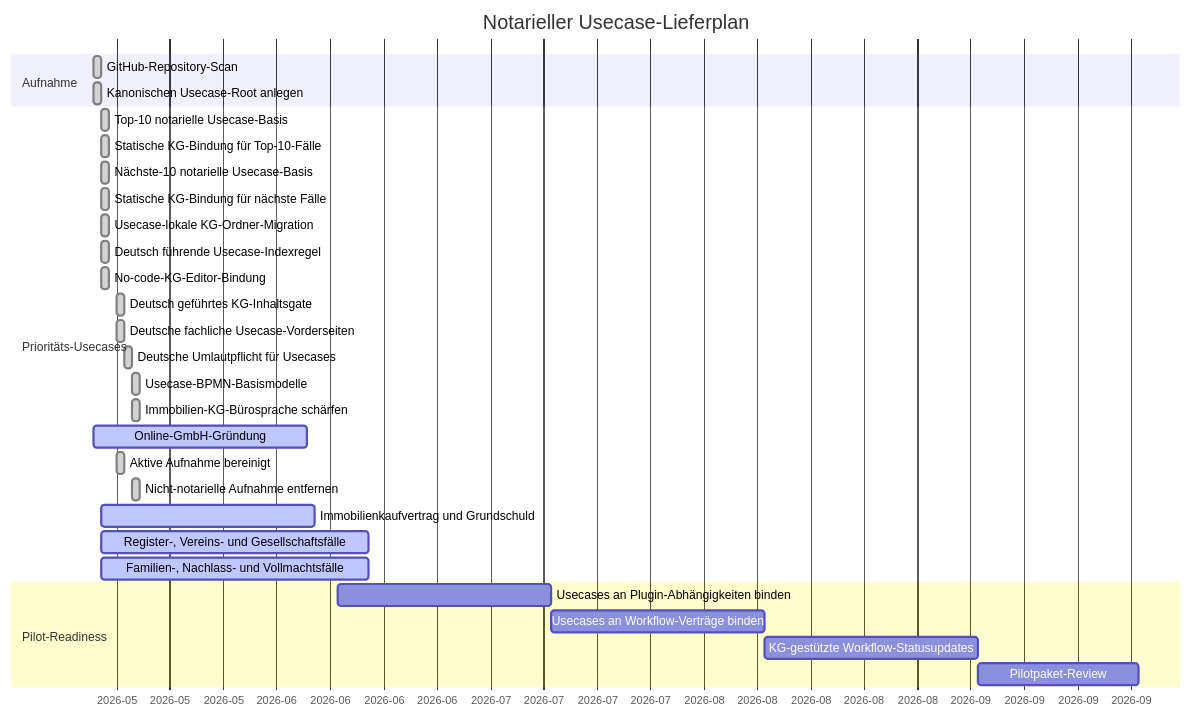
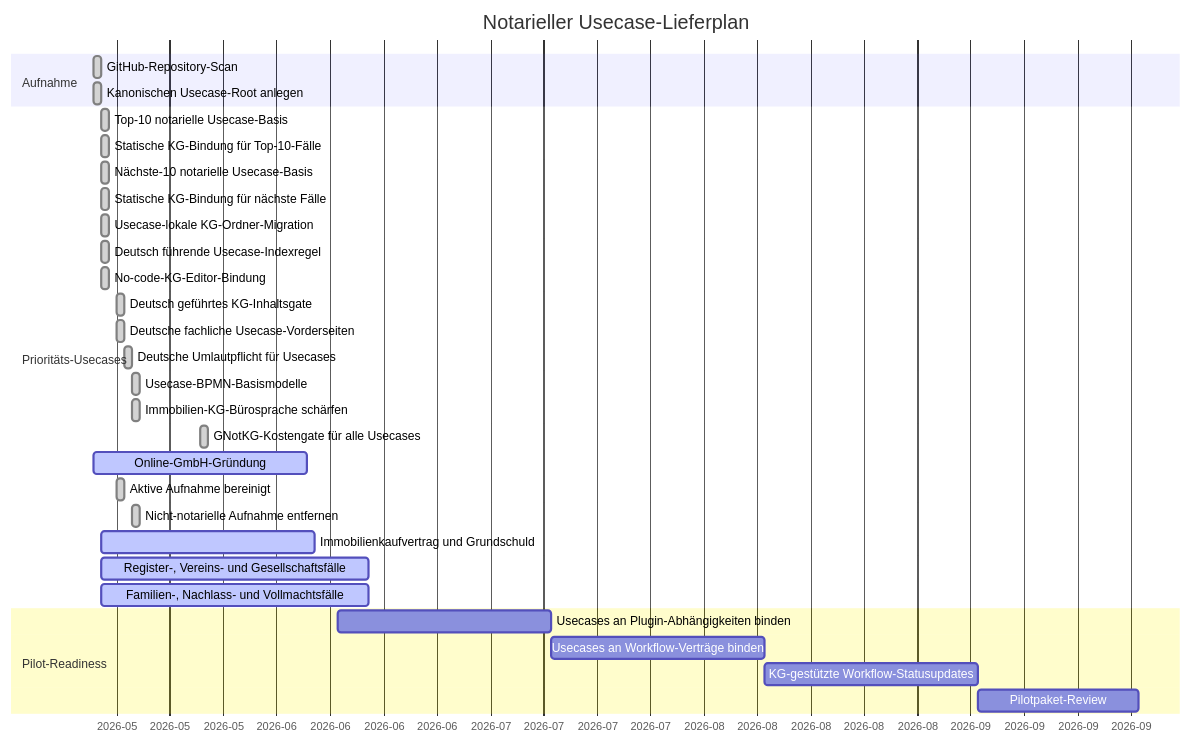
The diagram in usecases/GANTT.md (notariat8/NaC), drawn with Mermaid before and after one commit. The commit also changed other lines of this file and 91 other files, not shown here.

````diff
--- a/usecases/GANTT.md
+++ b/usecases/GANTT.md
@@ -5,36 +5,37 @@
 ```mermaid
 gantt
     title Notarieller Usecase-Lieferplan
     dateFormat  YYYY-MM-DD
     axisFormat  %Y-%m
 
     section Aufnahme
     GitHub-Repository-Scan                     :done,   u1, 2026-05-14, 1d
     Kanonischen Usecase-Root anlegen           :done,   u2, 2026-05-14, 1d
 
     section Prioritäts-Usecases
     Top-10 notarielle Usecase-Basis            :done,   u3, 2026-05-15, 1d
     Statische KG-Bindung für Top-10-Fälle    :done,   u4, 2026-05-15, 1d
     Nächste-10 notarielle Usecase-Basis       :done,   u5, 2026-05-15, 1d
     Statische KG-Bindung für nächste Fälle  :done,   u6, 2026-05-15, 1d
     Usecase-lokale KG-Ordner-Migration         :done,   u6a, 2026-05-15, 1d
     Deutsch führende Usecase-Indexregel       :done,   u6b, 2026-05-15, 1d
     No-code-KG-Editor-Bindung                  :done,   u6c, 2026-05-15, 1d
     Deutsch geführtes KG-Inhaltsgate          :done,   u6d, 2026-05-17, 1d
     Deutsche fachliche Usecase-Vorderseiten     :done,   u6e, 2026-05-17, 1d
     Deutsche Umlautpflicht für Usecases       :done,   u6f, 2026-05-18, 1d
     Usecase-BPMN-Basismodelle                  :done,   u6g, 2026-05-19, 1d
     Immobilien-KG-Bürosprache schärfen        :done,   u6h, 2026-05-19, 1d
+    GNotKG-Kostengate für alle Usecases       :done,   u6i, 2026-05-28, 1d
     Online-GmbH-Gründung                      :active, u7, 2026-05-14, 28d
     Aktive Aufnahme bereinigt                  :done,   u8, 2026-05-17, 1d
     Nicht-notarielle Aufnahme entfernen        :done,   u9, 2026-05-19, 1d
     Immobilienkaufvertrag und Grundschuld      :active, u10, 2026-05-15, 28d
     Register-, Vereins- und Gesellschaftsfälle :active, u11, 2026-05-15, 35d
     Familien-, Nachlass- und Vollmachtsfälle  :active, u12, 2026-05-15, 35d
 
     section Pilot-Readiness
     Usecases an Plugin-Abhängigkeiten binden  :        u13, 2026-06-15, 28d
     Usecases an Workflow-Verträge binden      :        u14, after u13, 28d
     KG-gestützte Workflow-Statusupdates       :        u15, after u14, 28d
     Pilotpaket-Review                          :        u16, after u15, 21d
 ```
````
